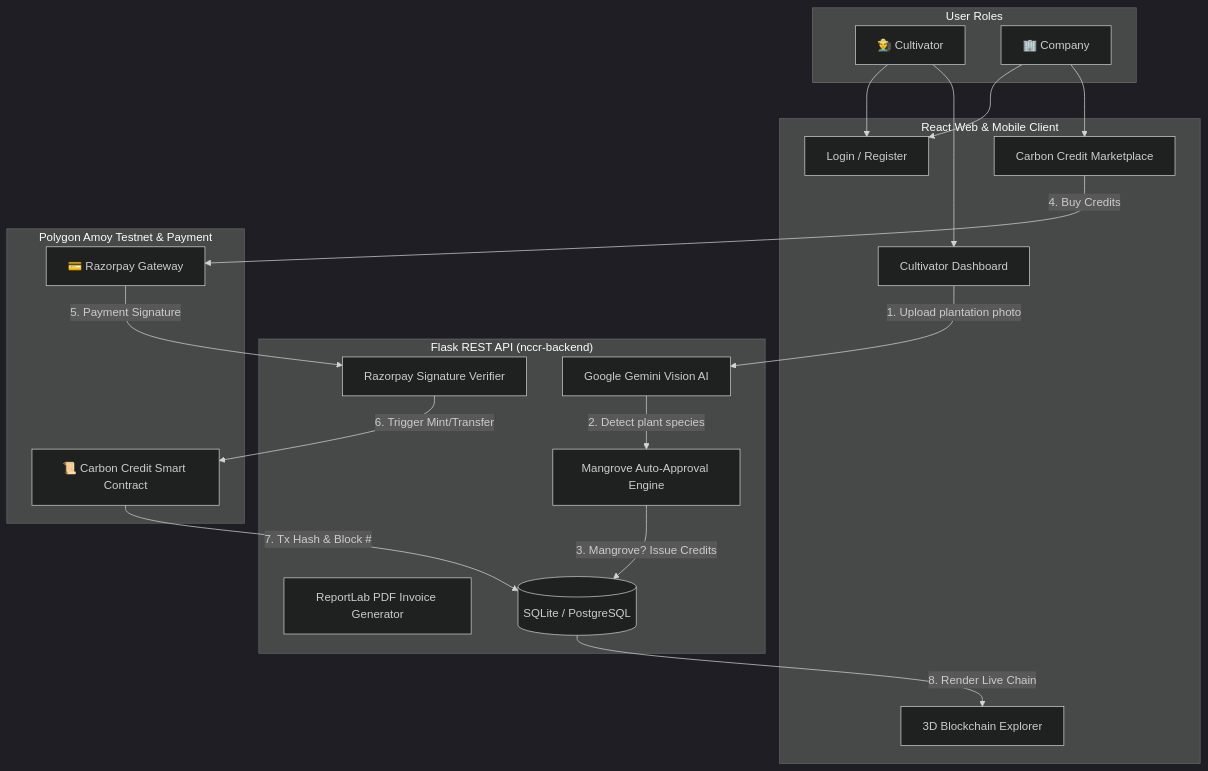
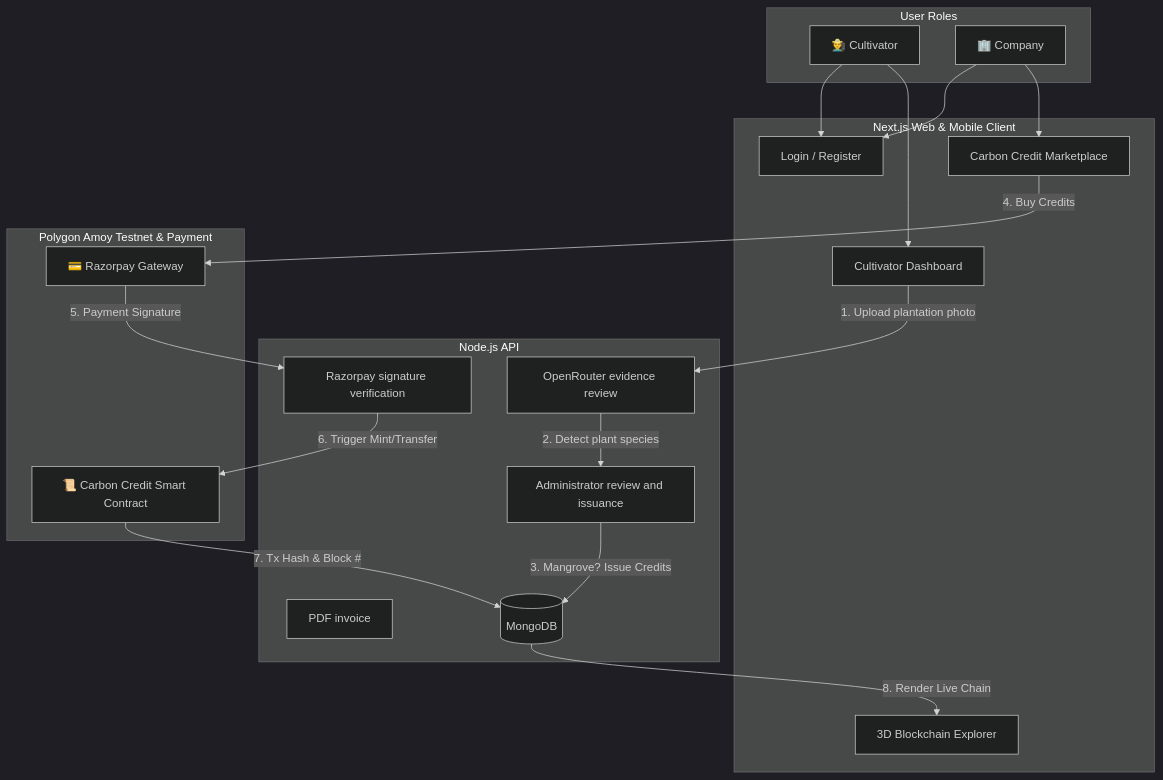
Before and after one commit to RohitGuddin/CarbonChain-DeCarbon-byQuantumNodes: the first of 3 diagrams in README.md, drawn with Mermaid (dark theme). The commit also changed other lines of this file and 11 other files, not shown here.

Commit message:
Describe CarbonChain with the Next.js, Node.js, MongoDB, OpenRouter, Polygon, and Razorpay stack.

````diff
--- a/README.md
+++ b/README.md
@@ -342,42 +325,42 @@
 ```mermaid
 flowchart TD
     subgraph Users ["User Roles"]
         Cultivator["👨‍🌾 Cultivator"]
         Company["🏢 Company"]
     end
 
-    subgraph Frontend ["React Web & Mobile Client"]
+    subgraph Frontend ["Next.js Web & Mobile Client"]
         AuthUI["Login / Register"]
         CultDashboard["Cultivator Dashboard"]
         MarketplaceUI["Carbon Credit Marketplace"]
         ExplorerUI["3D Blockchain Explorer"]
     end
 
-    subgraph Backend ["Flask REST API (nccr-backend)"]
-        AIModule["Google Gemini Vision AI"]
-        AutoApproval["Mangrove Auto-Approval Engine"]
-        PaymentVerifier["Razorpay Signature Verifier"]
-        PDFGen["ReportLab PDF Invoice Generator"]
-        DB[(SQLite / PostgreSQL)]
+    subgraph Backend ["Node.js API"]
+        AIModule["OpenRouter evidence review"]
+        AutoApproval["Administrator review and issuance"]
+        PaymentVerifier["Razorpay signature verification"]
+        PDFGen["PDF invoice"]
+        DB[(MongoDB)]
     end
 
     subgraph Blockchain ["Polygon Amoy Testnet & Payment"]
         Razorpay["💳 Razorpay Gateway"]
         AmoyContract["📜 Carbon Credit Smart Contract"]
     end
 
     Cultivator --> AuthUI
     Company --> AuthUI
     
     Cultivator --> CultDashboard
     CultDashboard -->|1. Upload plantation photo| AIModule
     AIModule -->|2. Detect plant species| AutoApproval
     AutoApproval -->|3. Mangrove? Issue Credits| DB
     
     Company --> MarketplaceUI
     MarketplaceUI -->|4. Buy Credits| Razorpay
     Razorpay -->|5. Payment Signature| PaymentVerifier
     PaymentVerifier -->|6. Trigger Mint/Transfer| AmoyContract
     AmoyContract -->|7. Tx Hash & Block #| DB
     DB -->|8. Render Live Chain| ExplorerUI
 ```
````
